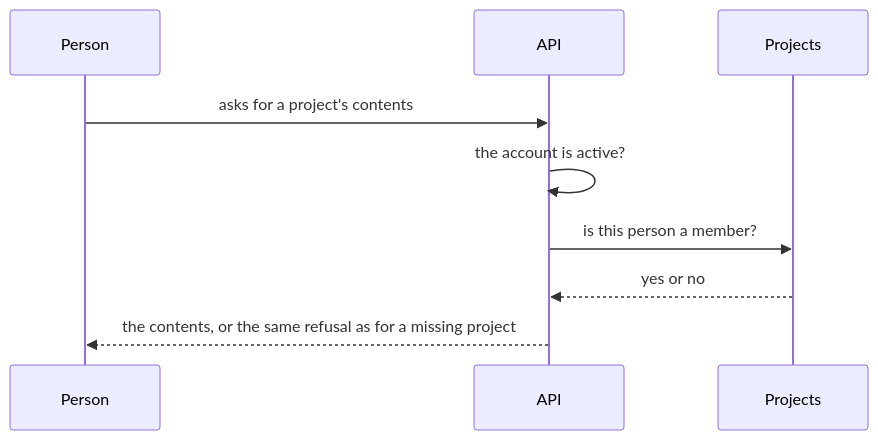
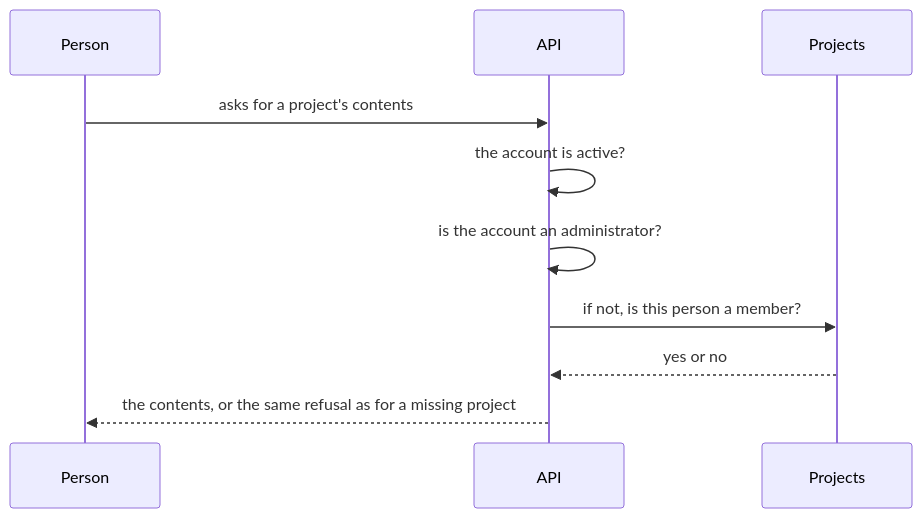
The diagram in docs/domain/ontology/RULE-P4-only-members-see-inside-a-project.md (Thommans-Playground/playground-keycloak), drawn with Mermaid before and after one commit. The commit also changed other lines of this file and 13 other files, not shown here.

````diff
--- a/docs/domain/ontology/RULE-P4-only-members-see-inside-a-project.md
+++ b/docs/domain/ontology/RULE-P4-only-members-see-inside-a-project.md
@@ -39,11 +39,12 @@
 ```mermaid
 sequenceDiagram
     participant P as Person
     participant A as API
     participant J as Projects
     P->>A: asks for a project's contents
     A->>A: the account is active?
-    A->>J: is this person a member?
+    A->>A: is the account an administrator?
+    A->>J: if not, is this person a member?
     J-->>A: yes or no
     A-->>P: the contents, or the same refusal as for a missing project
 ```
````
